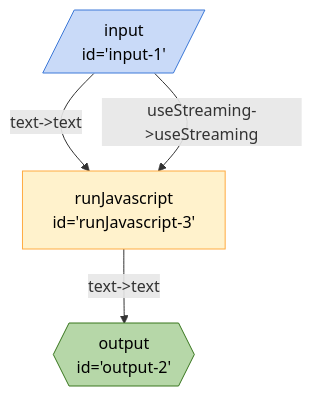
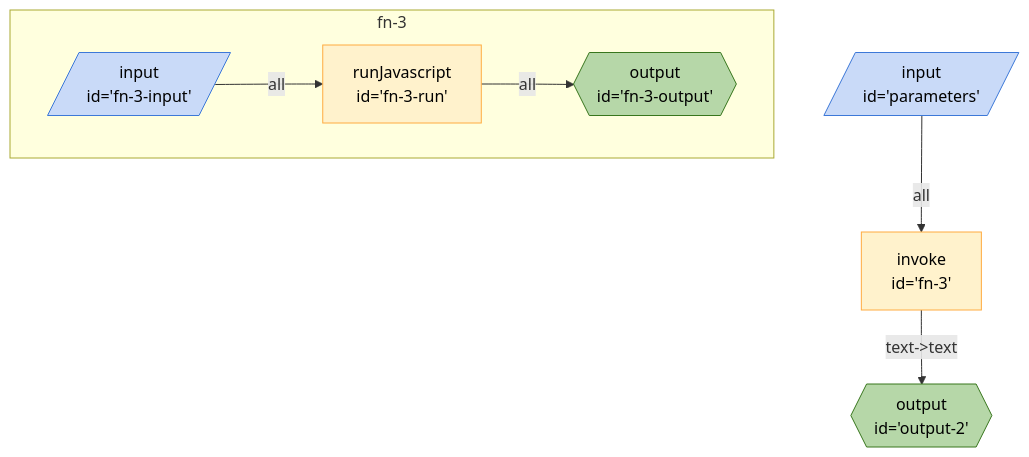
Before and after one commit to breadboard-ai/breadboard: the diagram in seeds/breadboard-web/docs/graphs/mock-text-generator.md, drawn with Mermaid. The commit also changed 5 other files, not shown here.

````diff
--- a/seeds/breadboard-web/docs/graphs/mock-text-generator.md
+++ b/seeds/breadboard-web/docs/graphs/mock-text-generator.md
@@ -3,15 +3,20 @@
 ```mermaid
 %%{init: 'themeVariables': { 'fontFamily': 'Fira Code, monospace' }}%%
 graph TD;
-runJavascript3["runJavascript <br> id='runJavascript-3'"] -- "text->text" --> output2{{"output <br> id='output-2'"}}:::output
-input1[/"input <br> id='input-1'"/]:::input -- "text->text" --> runJavascript3["runJavascript <br> id='runJavascript-3'"]
-input1[/"input <br> id='input-1'"/]:::input -- "useStreaming->useStreaming" --> runJavascript3["runJavascript <br> id='runJavascript-3'"]
+fn3["invoke <br> id='fn-3'"] -- "text->text" --> output2{{"output <br> id='output-2'"}}:::output
+parameters[/"input <br> id='parameters'"/]:::input -- all --> fn3["invoke <br> id='fn-3'"]
+
+subgraph sg_fn3 [fn-3]
+fn3_fn3input[/"input <br> id='fn-3-input'"/]:::input -- all --> fn3_fn3run["runJavascript <br> id='fn-3-run'"]
+fn3_fn3run["runJavascript <br> id='fn-3-run'"] -- all --> fn3_fn3output{{"output <br> id='fn-3-output'"}}:::output
+end
+
 classDef default stroke:#ffab40,fill:#fff2ccff,color:#000
 classDef input stroke:#3c78d8,fill:#c9daf8ff,color:#000
 classDef output stroke:#38761d,fill:#b6d7a8ff,color:#000
 classDef passthrough stroke:#a64d79,fill:#ead1dcff,color:#000
 classDef slot stroke:#a64d79,fill:#ead1dcff,color:#000
 classDef config stroke:#a64d79,fill:#ead1dcff,color:#000
 classDef secrets stroke:#db4437,fill:#f4cccc,color:#000
 classDef slotted stroke:#a64d79
 ```
````
